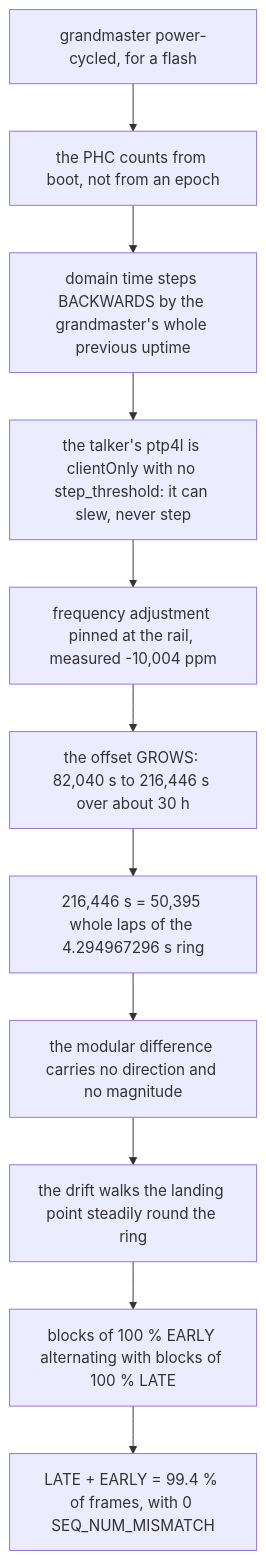
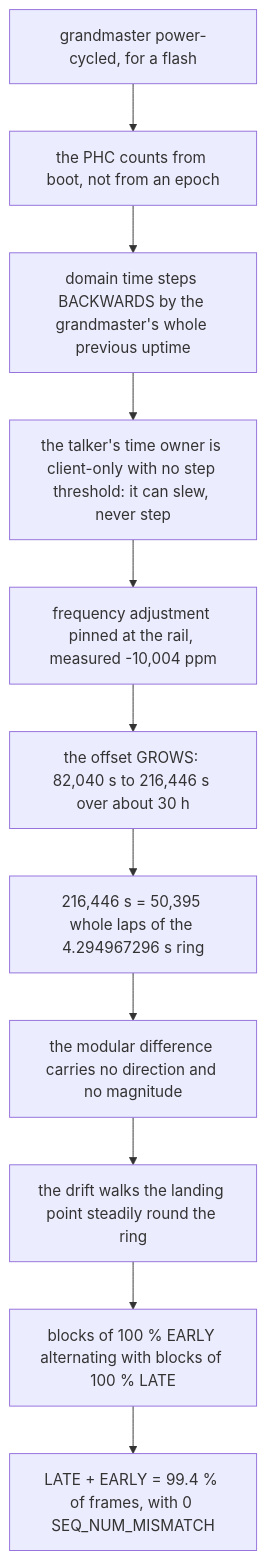
Before and after one commit to kebag-logic/milan-fpga: the diagram in docs/design/PRESENTATION_TIME_WRAP.md, drawn with Mermaid. The commit also changed 75 other files, not shown here.

Commit message:
Clear the documentation corpus of the retired host stack: every page, diagram generator and rendered artifact now describes the bare-metal owner

````diff
--- a/docs/design/PRESENTATION_TIME_WRAP.md
+++ b/docs/design/PRESENTATION_TIME_WRAP.md
@@ -236,13 +236,13 @@
 ```mermaid
 flowchart TD
   A["grandmaster power-cycled, for a flash"] --> B["the PHC counts from boot, not from an epoch"]
   B --> C["domain time steps BACKWARDS by the grandmaster's whole previous uptime"]
-  C --> D["the talker's ptp4l is clientOnly with no step_threshold: it can slew, never step"]
+  C --> D["the talker's time owner is client-only with no step threshold: it can slew, never step"]
   D --> E["frequency adjustment pinned at the rail, measured -10,004 ppm"]
   E --> F["the offset GROWS: 82,040 s to 216,446 s over about 30 h"]
   F --> G["216,446 s = 50,395 whole laps of the 4.294967296 s ring"]
   G --> H["the modular difference carries no direction and no magnitude"]
   H --> I["the drift walks the landing point steadily round the ring"]
   I --> J["blocks of 100 % EARLY alternating with blocks of 100 % LATE"]
   J --> K["LATE + EARLY = 99.4 % of frames, with 0 SEQ_NUM_MISMATCH"]
 ```
````
